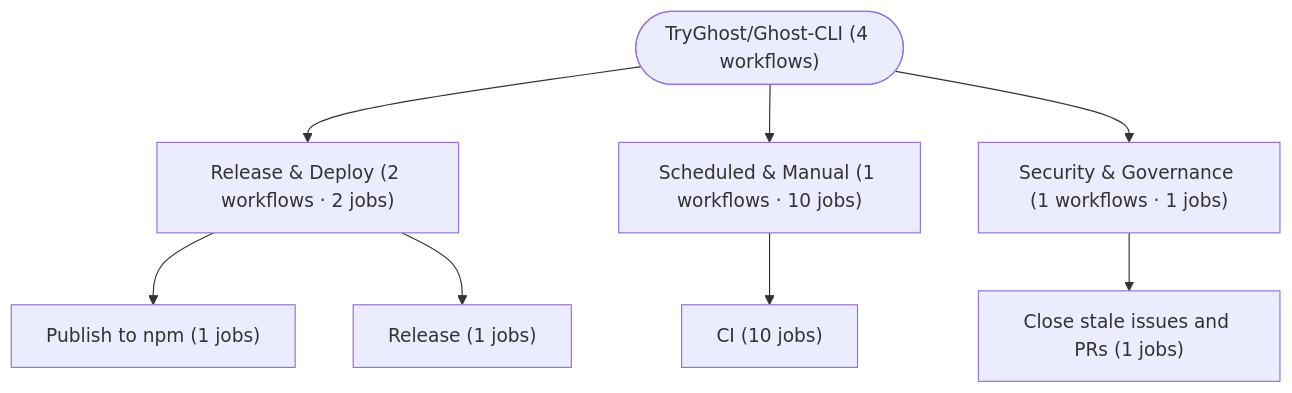
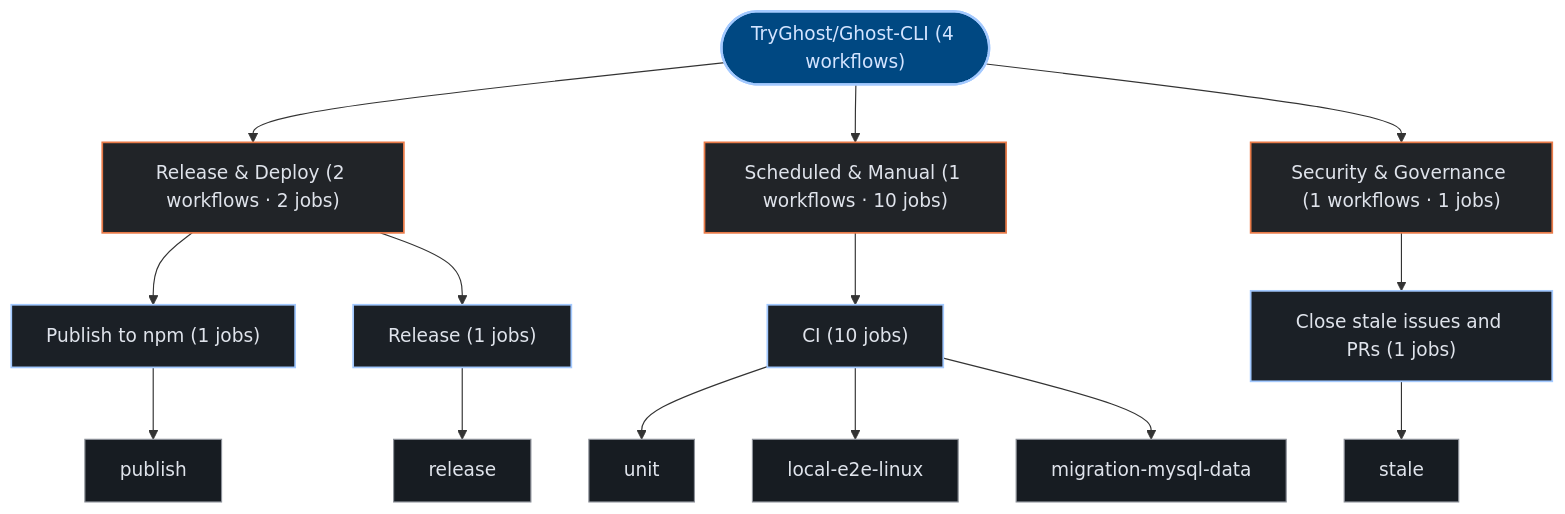
The second of 2 diagrams in exports/latest/reports/TryGhost-Ghost-CLI-report.md (kumarshaz/atruss-code-atlas), drawn with Mermaid before and after one commit. The commit also changed other lines of this file and 331 other files, not shown here.

Commit message:
docs,ui,fix: update SDLC docs, reorder CI/CD DAG first, stylize Mermaid, and fix Arc42 pipeline topology

````diff
--- a/exports/latest/reports/TryGhost-Ghost-CLI-report.md
+++ b/exports/latest/reports/TryGhost-Ghost-CLI-report.md
@@ -127,18 +134,37 @@
 ```mermaid
 graph TD;
-  pipeline_root(["TryGhost/Ghost-CLI (4 workflows)"])
-  grp_0_Release___Deploy["Release & Deploy (2 workflows · 2 jobs)"]
+  classDef atlasRoot fill:#004882,stroke:#a3c9ff,stroke-width:2px,color:#d3e4ff
+  classDef atlasCategory fill:#212428,stroke:#E87A48,stroke-width:1.5px,color:#dfe3eb
+  classDef atlasWorkflow fill:#1b2026,stroke:#a3c9ff,stroke-width:1.5px,color:#dfe3eb
+  classDef atlasJob fill:#171c22,stroke:#8d9199,stroke-width:1px,color:#dfe3eb
+  classDef atlasTarget fill:#005227,stroke:#8bd99b,stroke-width:1.5px,color:#a7f6b6
+  classDef atlasAlert fill:#93000a,stroke:#ffb4ab,stroke-width:1.5px,color:#ffdad6
+  classDef atlasMore fill:#252a31,stroke:#8d9199,stroke-dasharray:4 4,color:#c3c6cf
+  pipeline_root(["TryGhost/Ghost-CLI (4 workflows)"]):::atlasRoot
+  grp_0_Release___Deploy["Release & Deploy (2 workflows · 2 jobs)"]:::atlasCategory
   pipeline_root --> grp_0_Release___Deploy
-  wf_1_Publish_to_npm["Publish to npm (1 jobs)"]
+  wf_1_Publish_to_npm["Publish to npm (1 jobs)"]:::atlasWorkflow
   grp_0_Release___Deploy --> wf_1_Publish_to_npm
-  wf_2_Release["Release (1 jobs)"]
+  job_1_publish["publish"]:::atlasJob
+  wf_1_Publish_to_npm --> job_1_publish
+  wf_2_Release["Release (1 jobs)"]:::atlasWorkflow
   grp_0_Release___Deploy --> wf_2_Release
-  grp_1_Scheduled___Manual["Scheduled & Manual (1 workflows · 10 jobs)"]
+  job_2_release["release"]:::atlasJob
+  wf_2_Release --> job_2_release
+  grp_1_Scheduled___Manual["Scheduled & Manual (1 workflows · 10 jobs)"]:::atlasCategory
   pipeline_root --> grp_1_Scheduled___Manual
-  wf_0_CI["CI (10 jobs)"]
+  wf_0_CI["CI (10 jobs)"]:::atlasWorkflow
   grp_1_Scheduled___Manual --> wf_0_CI
-  grp_2_Security___Governance["Security & Governance (1 workflows · 1 jobs)"]
+  job_0_unit["unit"]:::atlasJob
+  job_0_local_e2e_linux["local-e2e-linux"]:::atlasJob
+  job_0_migration_mysql_data["migration-mysql-data"]:::atlasJob
+  wf_0_CI --> job_0_unit
+  wf_0_CI --> job_0_local_e2e_linux
+  wf_0_CI --> job_0_migration_mysql_data
+  grp_2_Security___Governance["Security & Governance (1 workflows · 1 jobs)"]:::atlasCategory
   pipeline_root --> grp_2_Security___Governance
-  wf_3_Close_stale_issues_and_PRs["Close stale issues and PRs (1 jobs)"]
+  wf_3_Close_stale_issues_and_PRs["Close stale issues and PRs (1 jobs)"]:::atlasWorkflow
   grp_2_Security___Governance --> wf_3_Close_stale_issues_and_PRs
+  job_3_stale["stale"]:::atlasJob
+  wf_3_Close_stale_issues_and_PRs --> job_3_stale
 ```
````
